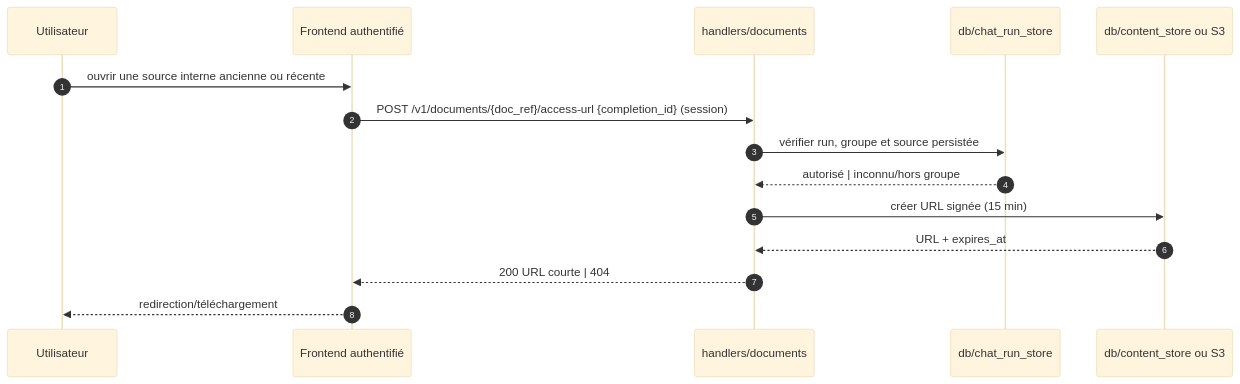
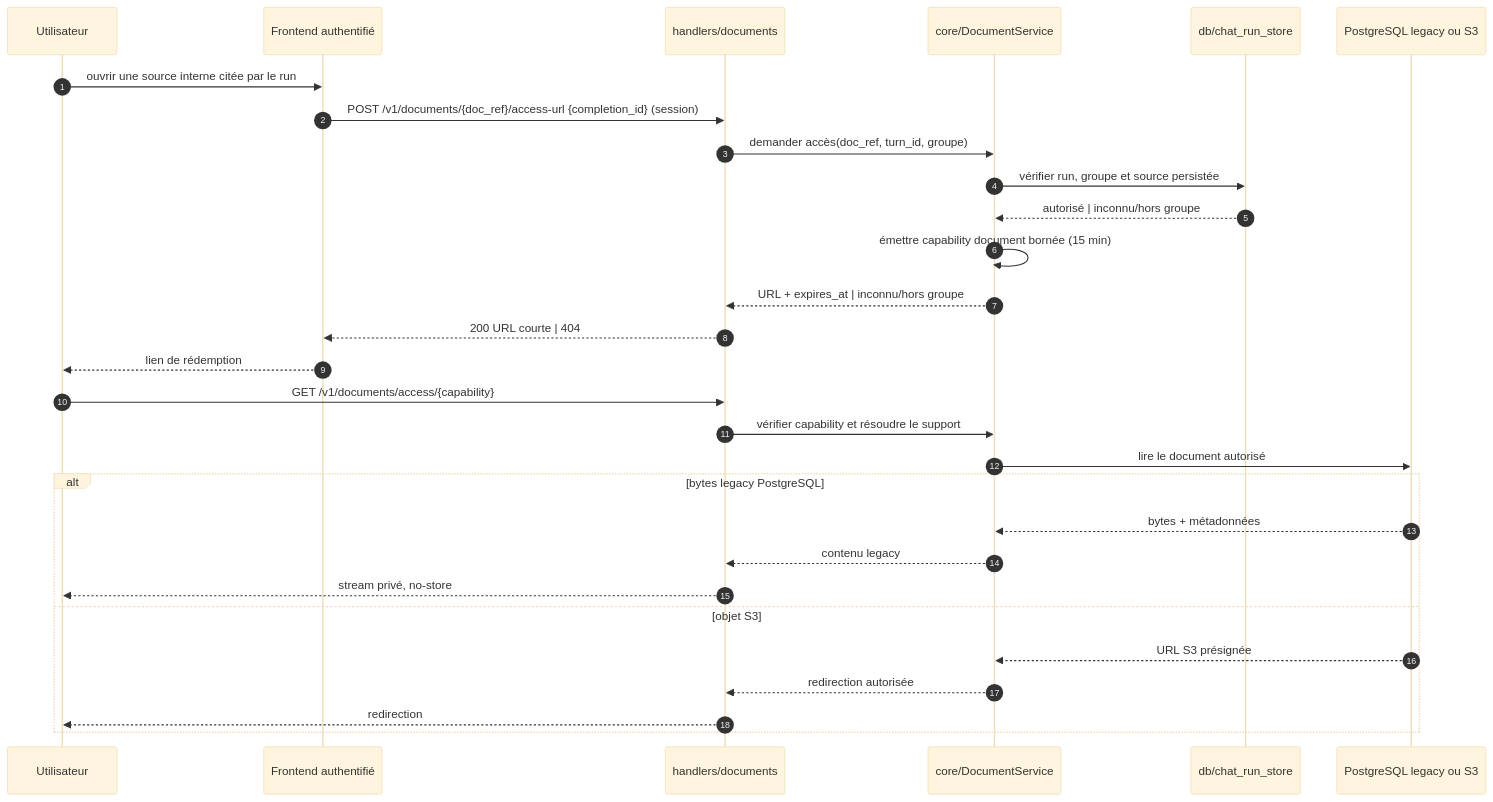
Before and after one commit to DGAFP/assistant-rh: the sixth of 8 diagrams in docs/architecture/hexagonal-split/03-sequence-diagrams.md, drawn with Mermaid (base theme). The commit also changed other lines of this file and 8 other files, not shown here.

````diff
--- a/docs/architecture/hexagonal-split/03-sequence-diagrams.md
+++ b/docs/architecture/hexagonal-split/03-sequence-diagrams.md
@@ -144,18 +152,32 @@
 ```mermaid
 sequenceDiagram
     autonumber
     participant U as Utilisateur
     participant F as Frontend authentifié
     participant API as handlers/documents
+    participant DS as core/DocumentService
     participant CR as db/chat_run_store
-    participant DOC as db/content_store ou S3
+    participant DOC as PostgreSQL legacy ou S3
 
-    U->>F: ouvrir une source interne ancienne ou récente
+    U->>F: ouvrir une source interne citée par le run
     F->>API: POST /v1/documents/{doc_ref}/access-url {completion_id} (session)
-    API->>CR: vérifier run, groupe et source persistée
-    CR-->>API: autorisé | inconnu/hors groupe
-    API->>DOC: créer URL signée (15 min)
-    DOC-->>API: URL + expires_at
+    API->>DS: demander accès(doc_ref, turn_id, groupe)
+    DS->>CR: vérifier run, groupe et source persistée
+    CR-->>DS: autorisé | inconnu/hors groupe
+    DS->>DS: émettre capability document bornée (15 min)
+    DS-->>API: URL + expires_at | inconnu/hors groupe
     API-->>F: 200 URL courte | 404
-    F-->>U: redirection/téléchargement
+    F-->>U: lien de rédemption
+    U->>API: GET /v1/documents/access/{capability}
+    API->>DS: vérifier capability et résoudre le support
+    DS->>DOC: lire le document autorisé
+    alt bytes legacy PostgreSQL
+        DOC-->>DS: bytes + métadonnées
+        DS-->>API: contenu legacy
+        API-->>U: stream privé, no-store
+    else objet S3
+        DOC-->>DS: URL S3 présignée
+        DS-->>API: redirection autorisée
+        API-->>U: redirection
+    end
 ```
````
